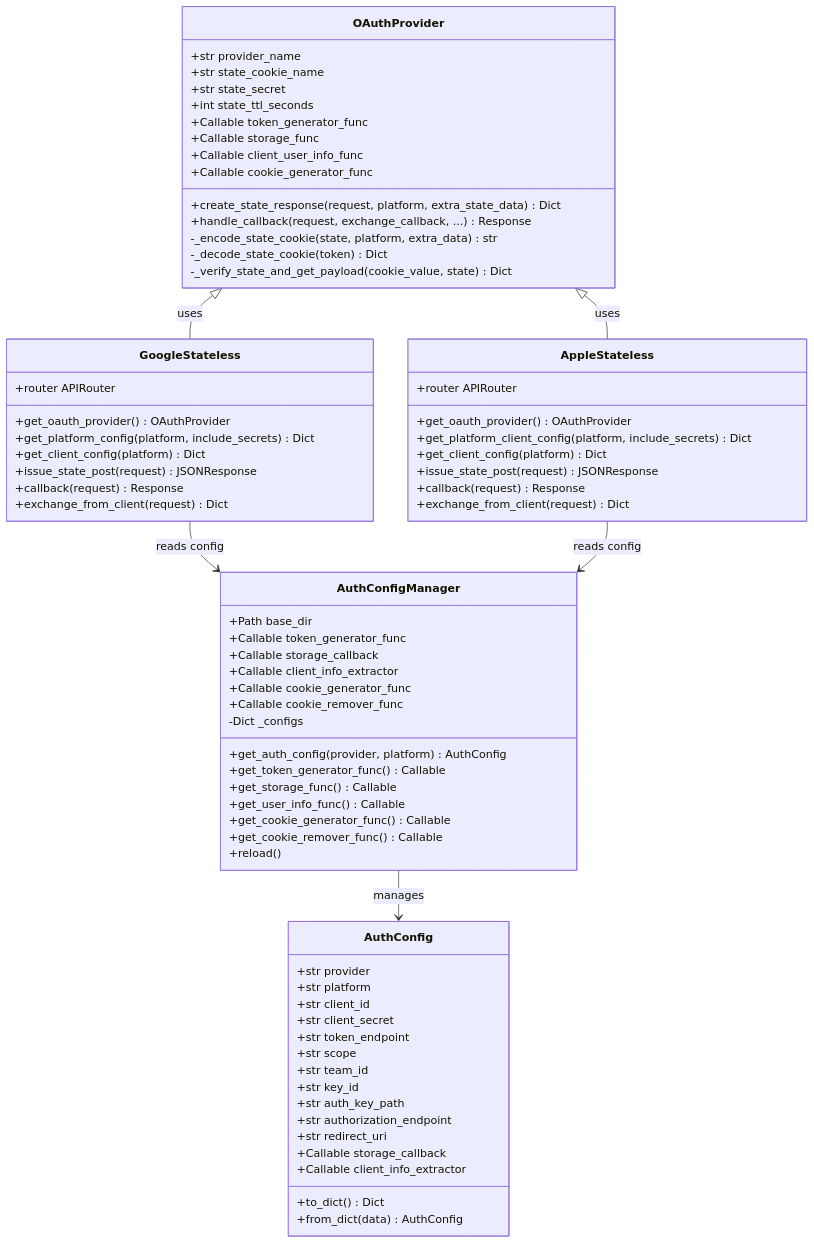
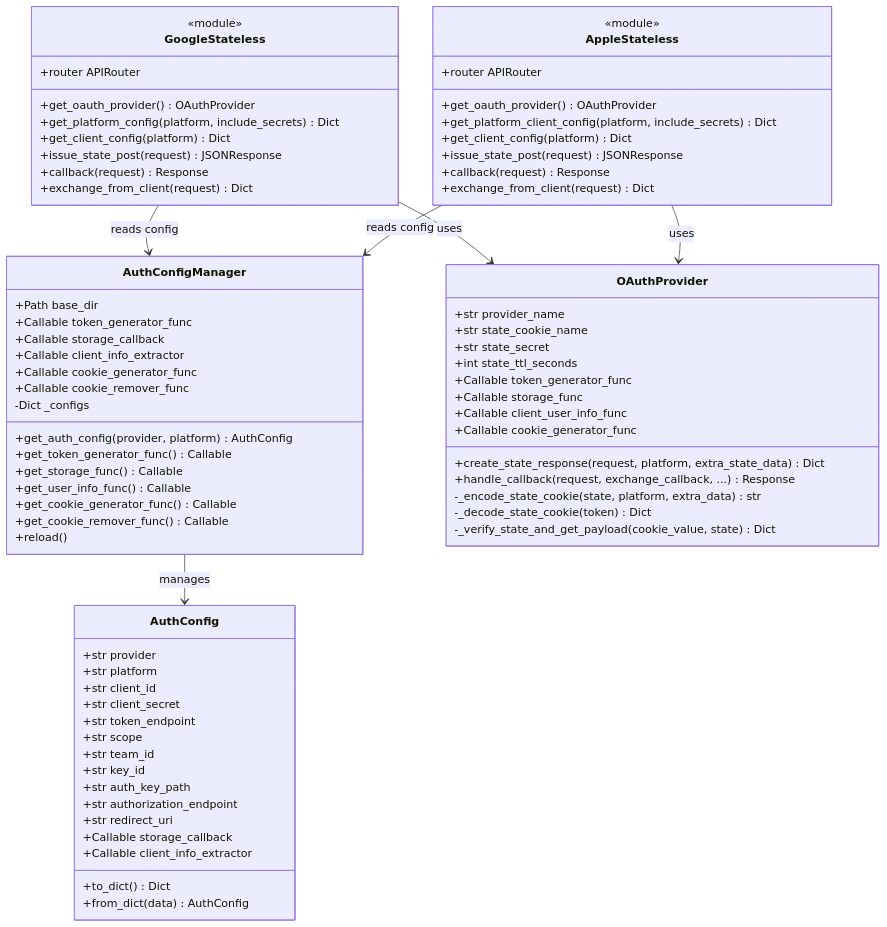
Before and after one commit to NeechLog/project-euphonia-app: the first of 7 diagrams in api/oauth/docs/01-server-side-design.md, drawn with Mermaid. The commit also changed other lines of this file and 1 other file, not shown here.

Commit message:
Fixing minor errors.

````diff
--- a/api/oauth/docs/01-server-side-design.md
+++ b/api/oauth/docs/01-server-side-design.md
@@ -7,79 +7,81 @@
 ```mermaid
 classDiagram
     class AuthConfig {
         +str provider
         +str platform
         +str client_id
         +str client_secret
         +str token_endpoint
         +str scope
         +str team_id
         +str key_id
         +str auth_key_path
         +str authorization_endpoint
         +str redirect_uri
         +Callable storage_callback
         +Callable client_info_extractor
         +to_dict() Dict
         +from_dict(data) AuthConfig
     }
 
     class AuthConfigManager {
         +Path base_dir
         +Callable token_generator_func
         +Callable storage_callback
         +Callable client_info_extractor
         +Callable cookie_generator_func
         +Callable cookie_remover_func
         -Dict _configs
         +get_auth_config(provider, platform) AuthConfig
         +get_token_generator_func() Callable
         +get_storage_func() Callable
         +get_user_info_func() Callable
         +get_cookie_generator_func() Callable
         +get_cookie_remover_func() Callable
         +reload()
     }
 
     class OAuthProvider {
         +str provider_name
         +str state_cookie_name
         +str state_secret
         +int state_ttl_seconds
         +Callable token_generator_func
         +Callable storage_func
         +Callable client_user_info_func
         +Callable cookie_generator_func
         +create_state_response(request, platform, extra_state_data) Dict
         +handle_callback(request, exchange_callback, ...) Response
         -_encode_state_cookie(state, platform, extra_data) str
         -_decode_state_cookie(token) Dict
         -_verify_state_and_get_payload(cookie_value, state) Dict
     }
 
     class GoogleStateless {
+        <<module>>
         +router APIRouter
         +get_oauth_provider() OAuthProvider
         +get_platform_config(platform, include_secrets) Dict
         +get_client_config(platform) Dict
         +issue_state_post(request) JSONResponse
         +callback(request) Response
         +exchange_from_client(request) Dict
     }
 
     class AppleStateless {
+        <<module>>
         +router APIRouter
         +get_oauth_provider() OAuthProvider
         +get_platform_client_config(platform, include_secrets) Dict
         +get_client_config(platform) Dict
         +issue_state_post(request) JSONResponse
         +callback(request) Response
         +exchange_from_client(request) Dict
     }
 
     AuthConfigManager --> AuthConfig : manages
-    OAuthProvider <|-- GoogleStateless : uses
-    OAuthProvider <|-- AppleStateless : uses
+    GoogleStateless --> OAuthProvider : uses
+    AppleStateless --> OAuthProvider : uses
     GoogleStateless --> AuthConfigManager : reads config
     AppleStateless --> AuthConfigManager : reads config
 ```
````
